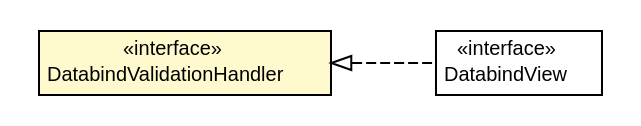
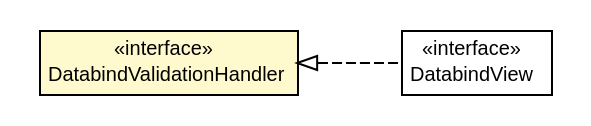
Before and after one commit to growbit/turbogwt-databind: the diagram in javadoc/apidocs/org/turbogwt/mvp/databind/client/DatabindValidationHandler.dot, drawn with Graphviz. The commit also changed 171 other files, not shown here.

```diff
--- a/javadoc/apidocs/org/turbogwt/mvp/databind/client/DatabindValidationHandler.dot
+++ b/javadoc/apidocs/org/turbogwt/mvp/databind/client/DatabindValidationHandler.dot
@@ -1,29 +1,29 @@
 #!/usr/local/bin/dot
 #
 # Class diagram 
 # Generated by UMLGraph version R5_6-24-gf6e263 (http://www.umlgraph.org/)
 #
 
 digraph G {
-	edge [fontname="Helvetica",fontsize=10,labelfontname="Helvetica",labelfontsize=10];
-	node [fontname="Helvetica",fontsize=10,shape=plaintext];
+	edge [fontname="arial",fontsize=10,labelfontname="arial",labelfontsize=10];
+	node [fontname="arial",fontsize=10,shape=plaintext];
 	nodesep=0.25;
 	ranksep=0.5;
 	rankdir=LR;
+	// org.turbogwt.mvp.databind.client.DatabindView
+	c423 [label=<<table title="org.turbogwt.mvp.databind.client.DatabindView" border="0" cellborder="1" cellspacing="0" cellpadding="2" port="p" href="./DatabindView.html">
+		<tr><td><table border="0" cellspacing="0" cellpadding="1">
+<tr><td align="center" balign="center"> &#171;interface&#187; </td></tr>
+<tr><td align="center" balign="center"> DatabindView </td></tr>
+		</table></td></tr>
+		</table>>, URL="./DatabindView.html", fontname="arial", fontcolor="black", fontsize=10.0];
 	// org.turbogwt.mvp.databind.client.DatabindValidationHandler
-	c357 [label=<<table title="org.turbogwt.mvp.databind.client.DatabindValidationHandler" border="0" cellborder="1" cellspacing="0" cellpadding="2" port="p" bgcolor="lemonChiffon" href="./DatabindValidationHandler.html">
+	c424 [label=<<table title="org.turbogwt.mvp.databind.client.DatabindValidationHandler" border="0" cellborder="1" cellspacing="0" cellpadding="2" port="p" bgcolor="lemonChiffon" href="./DatabindValidationHandler.html">
 		<tr><td><table border="0" cellspacing="0" cellpadding="1">
 <tr><td align="center" balign="center"> &#171;interface&#187; </td></tr>
 <tr><td align="center" balign="center"> DatabindValidationHandler </td></tr>
 		</table></td></tr>
-		</table>>, URL="./DatabindValidationHandler.html", fontname="Helvetica", fontcolor="black", fontsize=10.0];
-	// org.turbogwt.mvp.databind.client.DatabindView
-	c360 [label=<<table title="org.turbogwt.mvp.databind.client.DatabindView" border="0" cellborder="1" cellspacing="0" cellpadding="2" port="p" href="./DatabindView.html">
-		<tr><td><table border="0" cellspacing="0" cellpadding="1">
-<tr><td align="center" balign="center"> &#171;interface&#187; </td></tr>
-<tr><td align="center" balign="center"> DatabindView </td></tr>
-		</table></td></tr>
-		</table>>, URL="./DatabindView.html", fontname="Helvetica", fontcolor="black", fontsize=10.0];
+		</table>>, URL="./DatabindValidationHandler.html", fontname="arial", fontcolor="black", fontsize=10.0];
 	//org.turbogwt.mvp.databind.client.DatabindView implements org.turbogwt.mvp.databind.client.DatabindValidationHandler
-	c357:p -> c360:p [dir=back,arrowtail=empty,style=dashed];
+	c424:p -> c423:p [dir=back,arrowtail=empty,style=dashed];
 }
```
